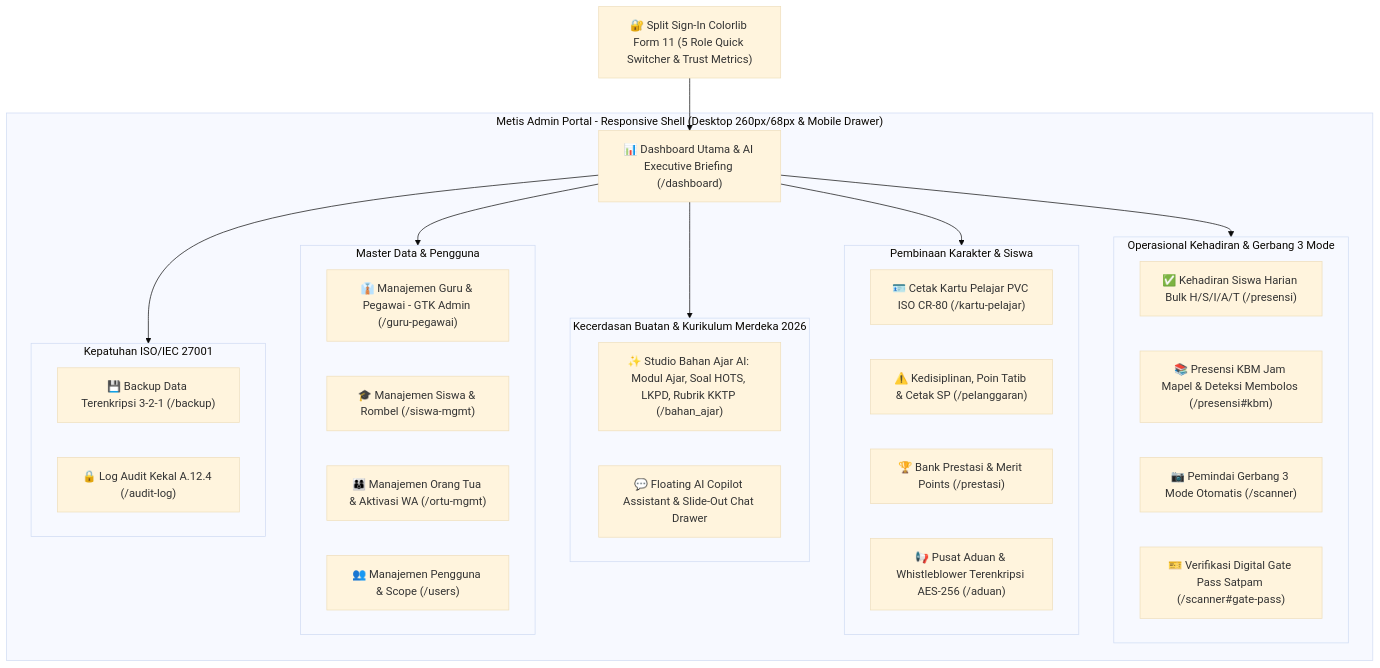
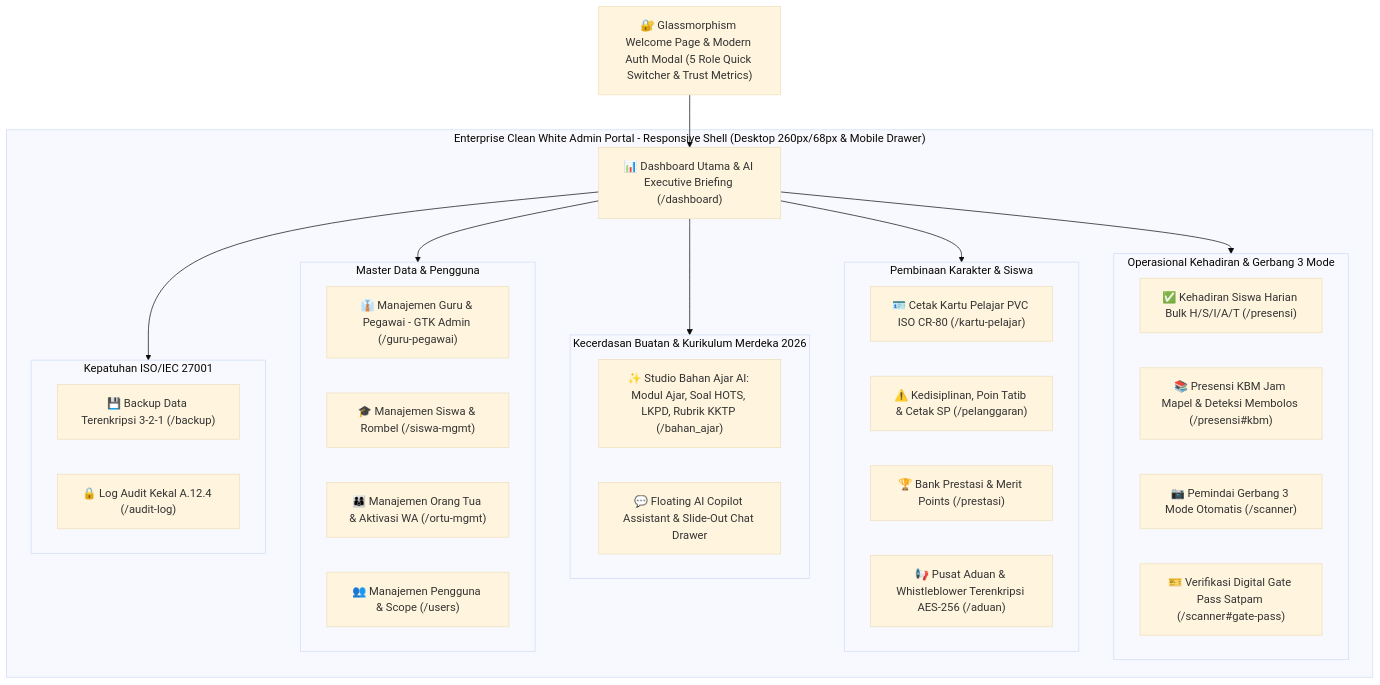
One commit to benny-abdullah/school_app changed the diagram in plan/docs/05_DESIGN_UI.md. Above: the diagram before and after it, drawn with Mermaid (base theme). The commit also changed other lines of this file and 16 other files, not shown here.

First line of the commit message:
feat: modernize UI to Enterprise Clean White HRD theme and update plan to Laravel 13

````diff
--- a/plan/docs/05_DESIGN_UI.md
+++ b/plan/docs/05_DESIGN_UI.md
@@ -14,42 +16,42 @@
 ```mermaid
 graph TD
-    LOGIN["🔐 Split Sign-In Colorlib Form 11 (5 Role Quick Switcher & Trust Metrics)"]
+    LOGIN["🔐 Glassmorphism Welcome Page & Modern Auth Modal (5 Role Quick Switcher & Trust Metrics)"]
 
-    subgraph Internal_Portal ["Metis Admin Portal - Responsive Shell (Desktop 260px/68px & Mobile Drawer)"]
+    subgraph Internal_Portal ["Enterprise Clean White Admin Portal - Responsive Shell (Desktop 260px/68px & Mobile Drawer)"]
         DASH["📊 Dashboard Utama & AI Executive Briefing (/dashboard)"]
         
         subgraph Modul_Presensi ["Operasional Kehadiran & Gerbang 3 Mode"]
             ATT_DAY["✅ Kehadiran Siswa Harian Bulk H/S/I/A/T (/presensi)"]
             ATT_KBM["📚 Presensi KBM Jam Mapel & Deteksi Membolos (/presensi#kbm)"]
             SCAN_3M["📷 Pemindai Gerbang 3 Mode Otomatis (/scanner)"]
             GATE_PASS["🎫 Verifikasi Digital Gate Pass Satpam (/scanner#gate-pass)"]
         end
 
         subgraph Modul_Kesiswaan ["Pembinaan Karakter & Siswa"]
             CARD_GEN["🪪 Cetak Kartu Pelajar PVC ISO CR-80 (/kartu-pelajar)"]
             TATIB["⚠️ Kedisiplinan, Poin Tatib & Cetak SP (/pelanggaran)"]
             PRESTASI["🏆 Bank Prestasi & Merit Points (/prestasi)"]
             WHISTLE["📢 Pusat Aduan & Whistleblower Terenkripsi AES-256 (/aduan)"]
         end
 
         subgraph Modul_AI ["Kecerdasan Buatan & Kurikulum Merdeka 2026"]
             AI_STUDIO["✨ Studio Bahan Ajar AI: Modul Ajar, Soal HOTS, LKPD, Rubrik KKTP (/bahan_ajar)"]
             AI_COPILOT["💬 Floating AI Copilot Assistant & Slide-Out Chat Drawer"]
         end
 
         subgraph Modul_Master ["Master Data & Pengguna"]
             GTK["👔 Manajemen Guru & Pegawai - GTK Admin (/guru-pegawai)"]
             SISWA["🎓 Manajemen Siswa & Rombel (/siswa-mgmt)"]
             ORTU["👨‍👩‍👦 Manajemen Orang Tua & Aktivasi WA (/ortu-mgmt)"]
             USERS["👥 Manajemen Pengguna & Scope (/users)"]
         end
 
         subgraph Modul_Keamanan ["Kepatuhan ISO/IEC 27001"]
             BACKUP["💾 Backup Data Terenkripsi 3-2-1 (/backup)"]
             AUDIT["🔒 Log Audit Kekal A.12.4 (/audit-log)"]
         end
     end
 
     LOGIN --> DASH
     DASH --> Modul_Presensi & Modul_Kesiswaan & Modul_AI & Modul_Master & Modul_Keamanan
 ```
````
